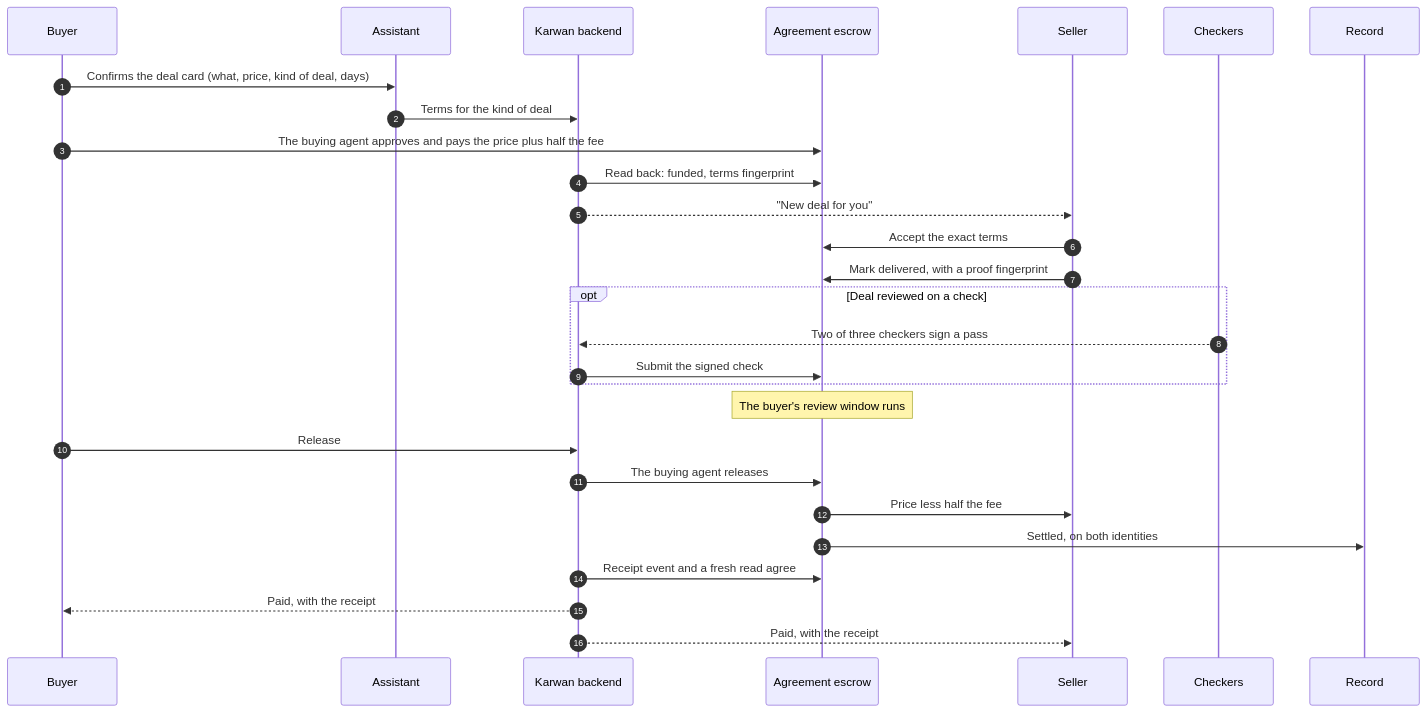
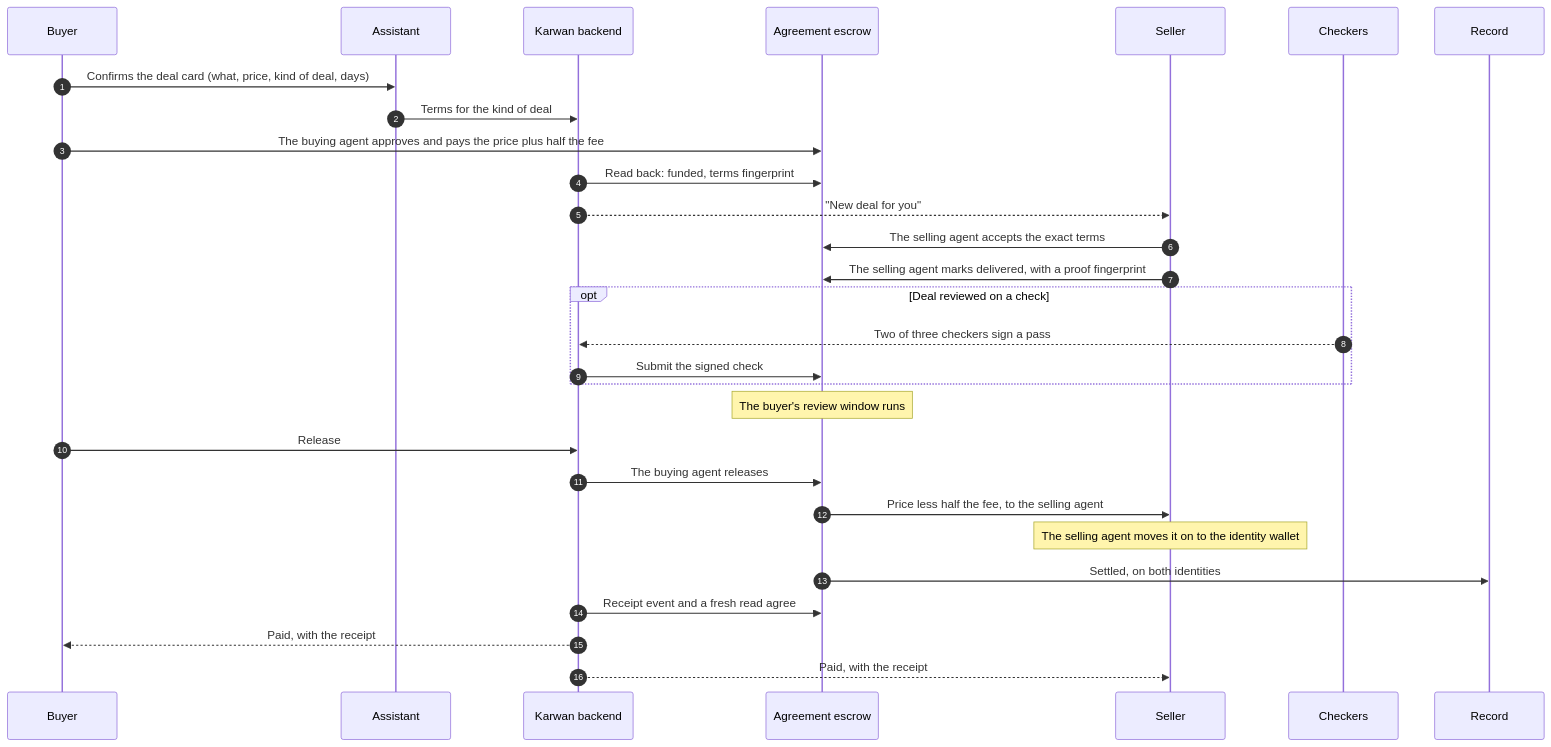
The second of 3 diagrams in docs/architecture/27-deals-on-the-escrow-family.md (Iziedking/Karwan), drawn with Mermaid before and after one commit. The commit also changed other lines of this file, not shown here.

Commit message:
docs(architecture): view 27, agents run every deal and the sign-in wallet is the identity wallet

````diff
--- a/docs/architecture/27-deals-on-the-escrow-family.md
+++ b/docs/architecture/27-deals-on-the-escrow-family.md
@@ -61,31 +66,32 @@
 ```mermaid
 sequenceDiagram
   autonumber
   participant B as Buyer
   participant A as Assistant
   participant K as Karwan backend
   participant AE as Agreement escrow
   participant S as Seller
   participant C as Checkers
   participant R as Record
 
   B->>A: Confirms the deal card (what, price, kind of deal, days)
   A->>K: Terms for the kind of deal
   B->>AE: The buying agent approves and pays the price plus half the fee
   K->>AE: Read back: funded, terms fingerprint
   K-->>S: "New deal for you"
-  S->>AE: Accept the exact terms
-  S->>AE: Mark delivered, with a proof fingerprint
+  S->>AE: The selling agent accepts the exact terms
+  S->>AE: The selling agent marks delivered, with a proof fingerprint
   opt Deal reviewed on a check
     C-->>K: Two of three checkers sign a pass
     K->>AE: Submit the signed check
   end
   Note over AE: The buyer's review window runs
   B->>K: Release
   K->>AE: The buying agent releases
-  AE->>S: Price less half the fee
+  AE->>S: Price less half the fee, to the selling agent
+  Note over S: The selling agent moves it on to the identity wallet
   AE->>R: Settled, on both identities
   K->>AE: Receipt event and a fresh read agree
   K-->>B: Paid, with the receipt
   K-->>S: Paid, with the receipt
 ```
````
